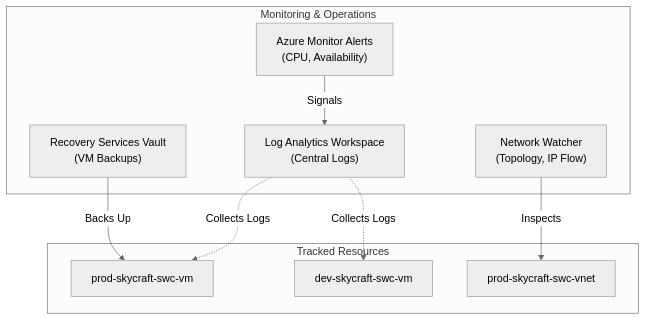
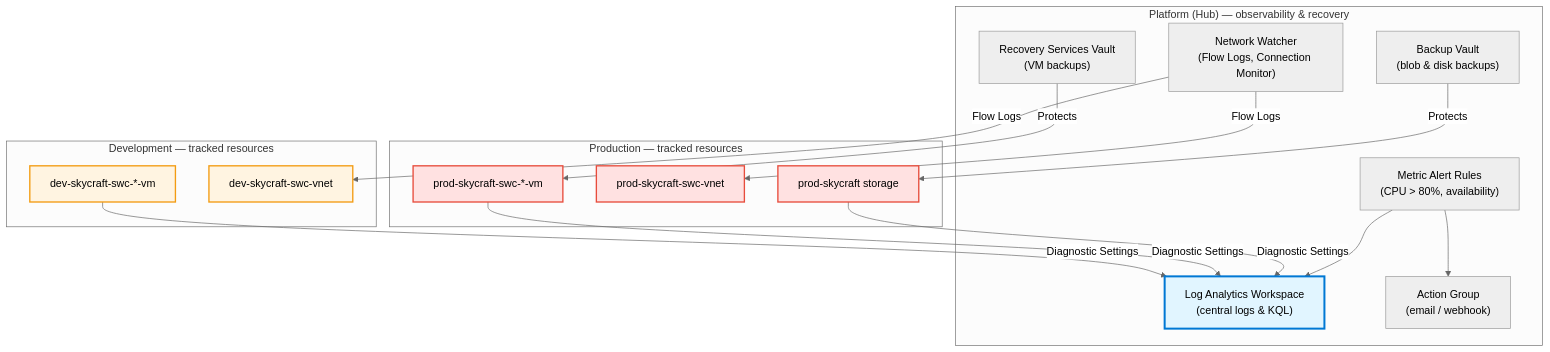
The diagram in module-5-monitoring-maintenance/README.MD (mbiszczanik/skycraft), drawn with Mermaid (neutral theme) before and after one commit. The commit also changed other lines of this file and 1 other file, not shown here.

````diff
--- a/module-5-monitoring-maintenance/README.MD
+++ b/module-5-monitoring-maintenance/README.MD
@@ -32,21 +41,39 @@
 ```mermaid
 graph TB
-    subgraph "Monitoring & Operations"
-        LAW["Log Analytics Workspace<br/>(Central Logs)"]
-        Alerts["Azure Monitor Alerts<br/>(CPU, Availability)"]
-        RSV["Recovery Services Vault<br/>(VM Backups)"]
-        NetWatch["Network Watcher<br/>(Topology, IP Flow)"]
+    subgraph "Platform (Hub) — observability & recovery"
+        LAW["Log Analytics Workspace<br/>(central logs & KQL)"]
+        AG["Action Group<br/>(email / webhook)"]
+        Alert["Metric Alert Rules<br/>(CPU &gt; 80%, availability)"]
+        RSV["Recovery Services Vault<br/>(VM backups)"]
+        BV["Backup Vault<br/>(blob & disk backups)"]
+        NW["Network Watcher<br/>(Flow Logs, Connection Monitor)"]
     end
 
-    subgraph "Tracked Resources"
-        VM_Prod["prod-skycraft-swc-vm"]
-        VM_Dev["dev-skycraft-swc-vm"]
-        VNet_Prod["prod-skycraft-swc-vnet"]
+    subgraph "Development — tracked resources"
+        DevVM["dev-skycraft-swc-*-vm"]
+        DevVNet["dev-skycraft-swc-vnet"]
     end
 
-    LAW -.->|Collects Logs| VM_Prod
-    LAW -.->|Collects Logs| VM_Dev
-    Alerts -->|Signals| LAW
-    RSV -->|Backs Up| VM_Prod
-    NetWatch -->|Inspects| VNet_Prod
+    subgraph "Production — tracked resources"
+        ProdVM["prod-skycraft-swc-*-vm"]
+        ProdVNet["prod-skycraft-swc-vnet"]
+        ProdSA["prod-skycraft storage"]
+    end
+
+    DevVM -->|Diagnostic Settings| LAW
+    ProdVM -->|Diagnostic Settings| LAW
+    ProdSA -->|Diagnostic Settings| LAW
+    Alert --> LAW
+    Alert --> AG
+    RSV -->|Protects| ProdVM
+    BV -->|Protects| ProdSA
+    NW -->|Flow Logs| DevVNet
+    NW -->|Flow Logs| ProdVNet
+
+    style LAW fill:#e1f5ff,stroke:#0078d4,stroke-width:3px
+    style DevVM fill:#fff4e1,stroke:#f39c12,stroke-width:2px
+    style DevVNet fill:#fff4e1,stroke:#f39c12,stroke-width:2px
+    style ProdVM fill:#ffe1e1,stroke:#e74c3c,stroke-width:2px
+    style ProdVNet fill:#ffe1e1,stroke:#e74c3c,stroke-width:2px
+    style ProdSA fill:#ffe1e1,stroke:#e74c3c,stroke-width:2px
 ```
````
